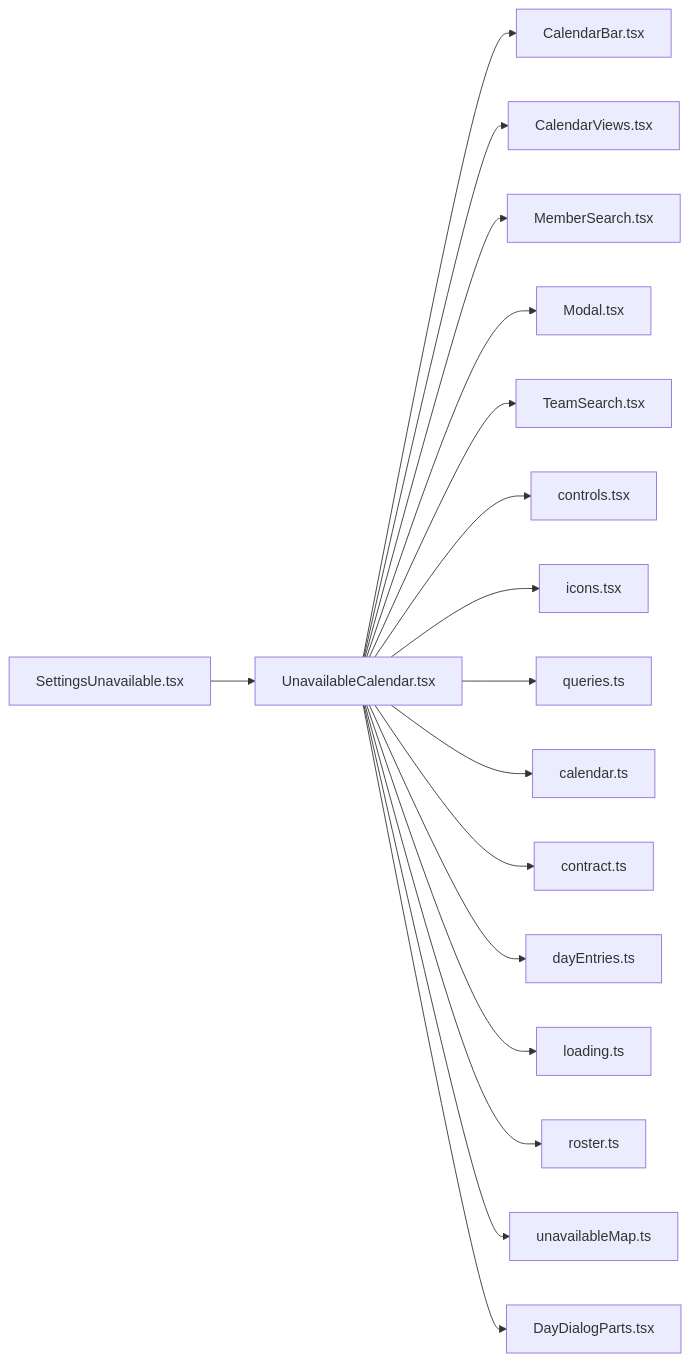
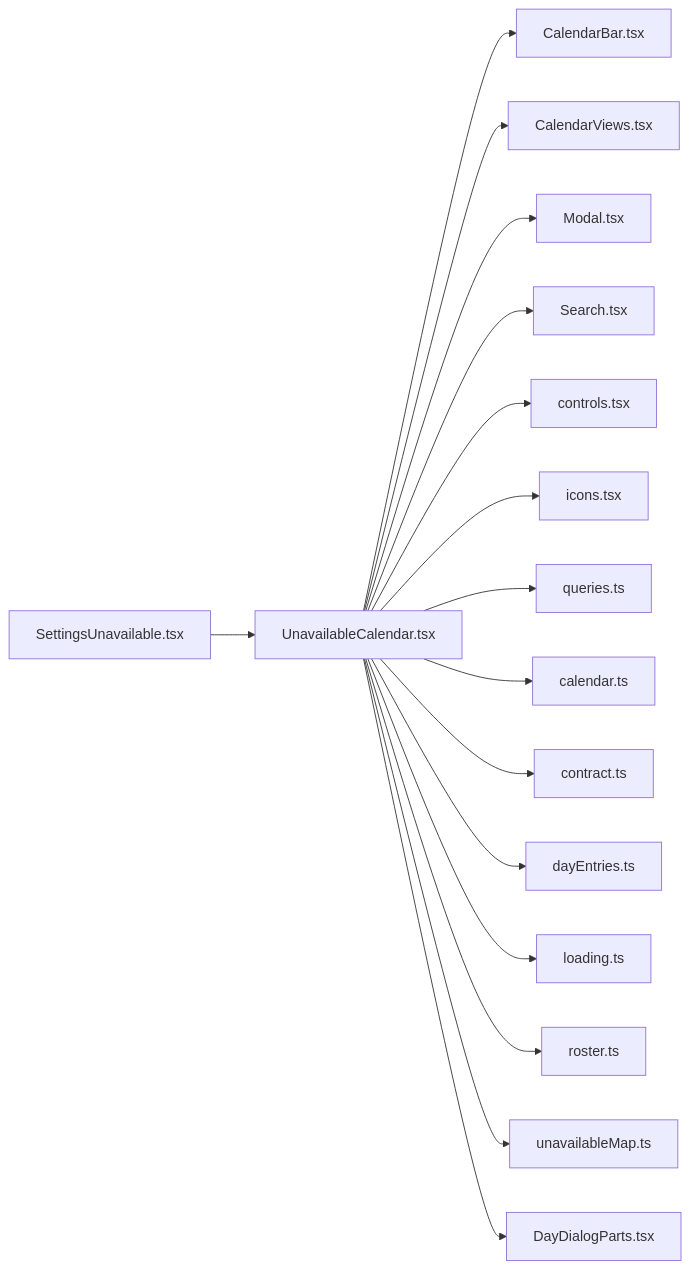
Before and after one commit to minkong-dev/Banblit: the diagram in .cluedoc/graph/frontend/src/routes/UnavailableCalendar.md, drawn with Mermaid. The commit also changed other lines of this file and 78 other files, not shown here.

Commit message:
frontend: merge single-function files into Board, Profile, Search, controls, loading and pipeline

````diff
--- a/.cluedoc/graph/frontend/src/routes/UnavailableCalendar.md
+++ b/.cluedoc/graph/frontend/src/routes/UnavailableCalendar.md
@@ -10,20 +10,19 @@
 ```mermaid
 flowchart LR
   frontend_src_routes_UnavailableCalendar["UnavailableCalendar.tsx"]
   frontend_src_routes_UnavailableCalendar --> frontend_src_components_CalendarBar["CalendarBar.tsx"]
   frontend_src_routes_UnavailableCalendar --> frontend_src_components_CalendarViews["CalendarViews.tsx"]
-  frontend_src_routes_UnavailableCalendar --> frontend_src_components_MemberSearch["MemberSearch.tsx"]
   frontend_src_routes_UnavailableCalendar --> frontend_src_components_Modal["Modal.tsx"]
-  frontend_src_routes_UnavailableCalendar --> frontend_src_components_TeamSearch["TeamSearch.tsx"]
+  frontend_src_routes_UnavailableCalendar --> frontend_src_components_Search["Search.tsx"]
   frontend_src_routes_UnavailableCalendar --> frontend_src_components_controls["controls.tsx"]
   frontend_src_routes_UnavailableCalendar --> frontend_src_components_icons["icons.tsx"]
   frontend_src_routes_UnavailableCalendar --> frontend_src_components_queries["queries.ts"]
   frontend_src_routes_UnavailableCalendar --> frontend_src_lib_calendar["calendar.ts"]
   frontend_src_routes_UnavailableCalendar --> frontend_src_lib_contract["contract.ts"]
   frontend_src_routes_UnavailableCalendar --> frontend_src_lib_dayEntries["dayEntries.ts"]
   frontend_src_routes_UnavailableCalendar --> frontend_src_lib_loading["loading.ts"]
   frontend_src_routes_UnavailableCalendar --> frontend_src_lib_roster["roster.ts"]
   frontend_src_routes_UnavailableCalendar --> frontend_src_lib_unavailableMap["unavailableMap.ts"]
   frontend_src_routes_UnavailableCalendar --> frontend_src_routes_DayDialogParts["DayDialogParts.tsx"]
   frontend_src_routes_SettingsUnavailable["SettingsUnavailable.tsx"] --> frontend_src_routes_UnavailableCalendar
 ```
````
